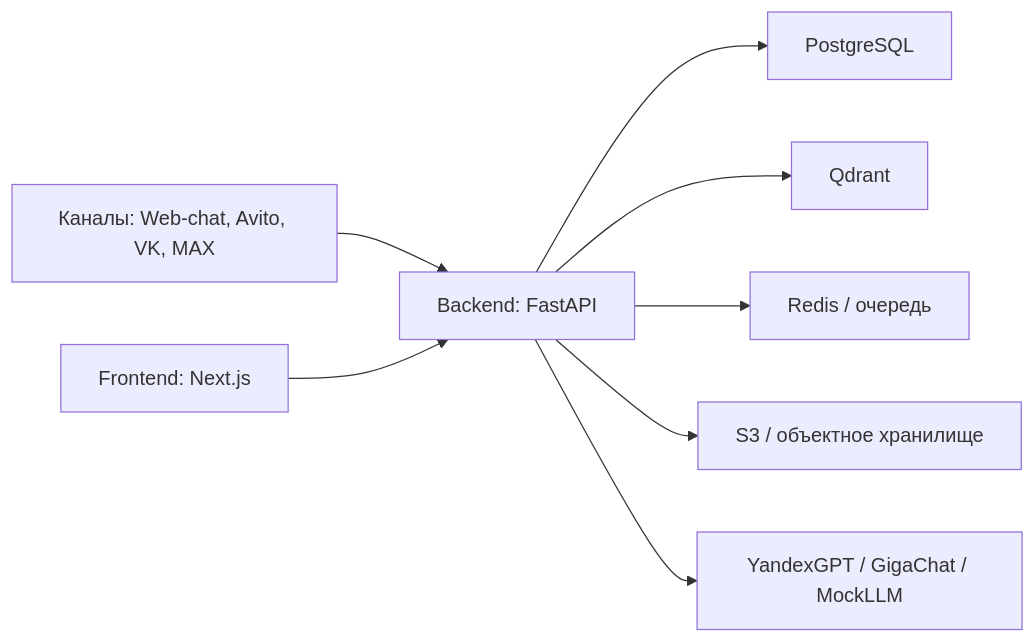
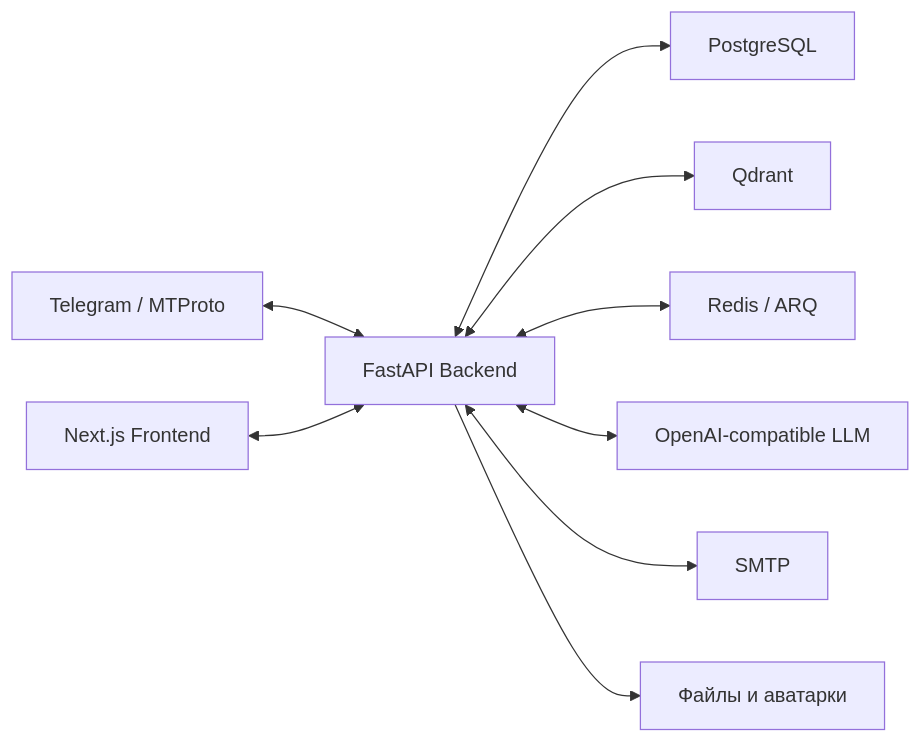
One commit to Project-AI-manager/Main changed the second of 2 diagrams in README.md. Above: the diagram before and after it, drawn with Mermaid. The commit also changed other lines of this file, not shown here.

````diff
--- a/README.md
+++ b/README.md
@@ -93,10 +55,11 @@
 ```mermaid
 flowchart LR
-    Channels["Каналы: Web-chat, Avito, VK, MAX"] --> Backend["Backend: FastAPI"]
-    Frontend["Frontend: Next.js"] --> Backend
-    Backend --> Postgres["PostgreSQL"]
-    Backend --> Qdrant["Qdrant"]
-    Backend --> Redis["Redis / очередь"]
-    Backend --> Storage["S3 / объектное хранилище"]
-    Backend --> LLM["YandexGPT / GigaChat / MockLLM"]
+    Telegram["Telegram / MTProto"] <--> Backend["FastAPI Backend"]
+    Browser["Next.js Frontend"] <--> Backend
+    Backend <--> DB["PostgreSQL"]
+    Backend <--> VectorDB["Qdrant"]
+    Backend <--> Queue["Redis / ARQ"]
+    Backend <--> LLM["OpenAI-compatible LLM"]
+    Backend <--> SMTP["SMTP"]
+    Backend --> Files["Файлы и аватарки"]
 ```
````
